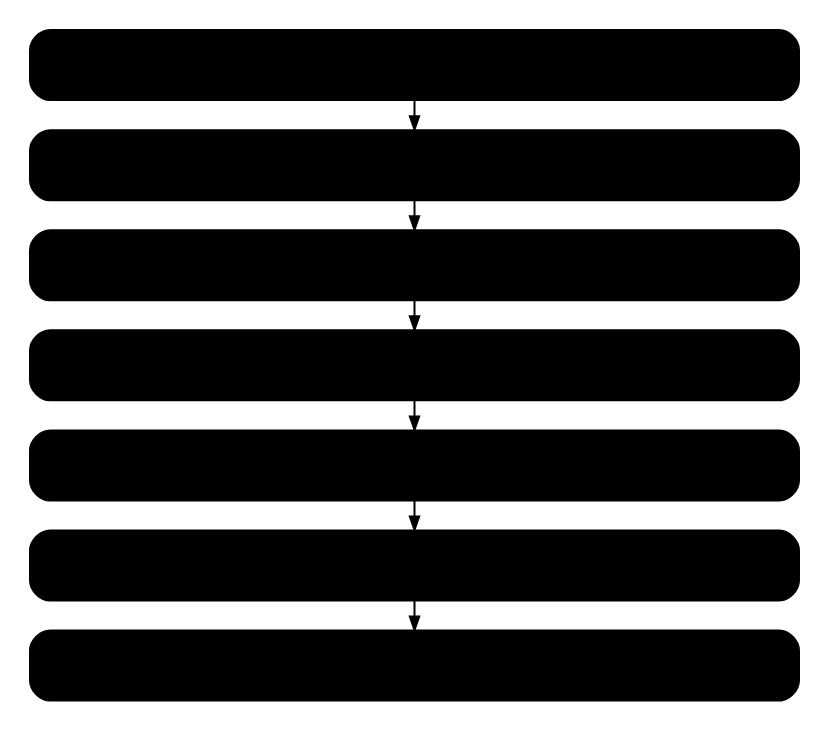
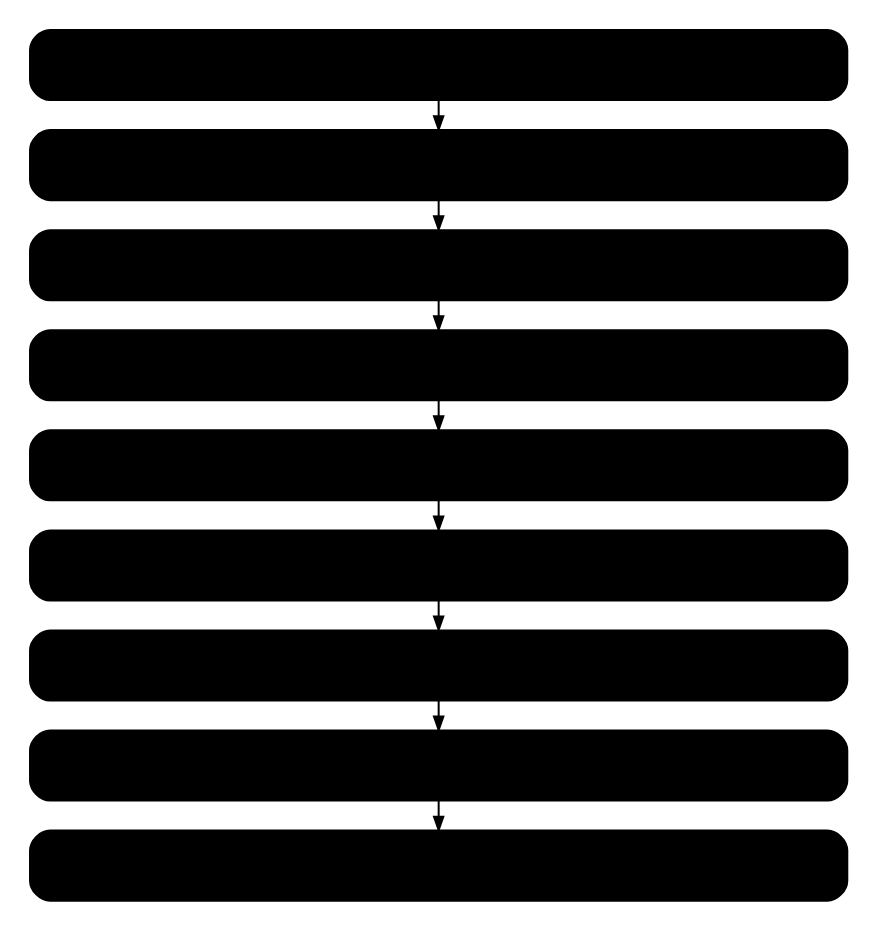
Before and after one commit to IortaTexhNXT-DEV/FinVerse: the diagram in docs/deliverables/src/migration/figures/dm_cycles.dot, drawn with Graphviz. The commit also changed 37 other files, not shown here.

```diff
--- a/docs/deliverables/src/migration/figures/dm_cycles.dot
+++ b/docs/deliverables/src/migration/figures/dm_cycles.dot
@@ -1,15 +1,17 @@
-// BRD-13 Data Migration Strategy: migration cycles from the first extract to production (T = go-live).
+// BRD-13 Data Migration Strategy: migration cycles on the BDOI timeline (go-live January 2028, proposed 3 Jan 2028).
 digraph dm_cycles {
   graph [rankdir=TB, fontname="Arial", nodesep=0.3, ranksep=0.25, bgcolor="white", pad=0.15];
   node  [shape=box, style="rounded,filled", color="@HEADER_BLUE", penwidth=1.2, fontname="Arial",
-         fontsize=12, fontcolor="@NEAR_BLACK", width=6.4, height=0.58, margin="0.14,0.05", fillcolor="@WHITE"];
+         fontsize=12, fontcolor="@NEAR_BLACK", width=6.8, height=0.58, margin="0.14,0.05", fillcolor="@WHITE"];
   edge  [color="@HEADER_BLUE", arrowsize=0.8, penwidth=1.2];
-  x  [label=<<b>T-14 weeks - first full extracts and profiling</b><br/><font point-size="10">all Migrate and Carry-forward objects; volumes; draft code maps</font>>, fillcolor="@AMBER_BG"];
-  m1 [label=<<b>T-12 weeks - Mock 1 (SIT, masked)</b><br/><font point-size="10">reference data, clients, policy headers; first reconciliation L1-L4</font>>, fillcolor="@BG_BLUE"];
-  m2 [label=<<b>T-9 weeks - Mock 2 (SIT, masked)</b><br/><font point-size="10">all objects end to end; L1-L5; Migration Clearing 0.00</font>>, fillcolor="@BG_BLUE"];
-  m3 [label=<<b>T-6 weeks - Mock 3 = UAT load (UAT, masked)</b><br/><font point-size="10">business verification on screens; UAT runs on migrated data</font>>, fillcolor="@BG_BLUE"];
-  dr [label=<<b>T-3 weeks - Dress rehearsal (production-sized, masked)</b><br/><font point-size="10">full volume, timed against the window, rollback rehearsed</font>>, fillcolor="@BG_BLUE"];
-  pl [label=<<b>T-14 days - production pre-load</b><br/><font point-size="10">reference data and clients; daily client deltas until the freeze</font>>, fillcolor="@SUCCESS_BG", color="@SUCCESS"];
-  pr [label=<<b>T-3 to T - production cutover</b><br/><font point-size="10">freeze, final extracts, open items and GL, reconciliation, go / no-go</font>>, fillcolor="@SUCCESS_BG", color="@SUCCESS"];
-  x -> m1 -> m2 -> m3 -> dr -> pl -> pr;
+  r  [label=<<b>Sep-Oct 2026 - requirements and mapping</b><br/><font point-size="10">decisions by 16 Oct and 30 Oct; object decisions (G1); layouts frozen</font>>, fillcolor="@DIRTY_WHITE"];
+  x  [label=<<b>Nov 2026-Mar 2027 - build; 29 Jan 2027 first full extracts</b><br/><font point-size="10">waves in mock order (DM0, DM1-C first); profiling; draft code maps</font>>, fillcolor="@AMBER_BG"];
+  m1 [label=<<b>19-30 Apr 2027 - Mock 1 (SIT, masked)</b><br/><font point-size="10">reference data and clients first; policy headers; carried renewals (P03)</font>>, fillcolor="@BG_BLUE"];
+  m2 [label=<<b>5-16 Jul 2027 - Mock 2 (SIT, masked)</b><br/><font point-size="10">all objects end to end; L1-L5; Migration Clearing 0.00</font>>, fillcolor="@BG_BLUE"];
+  m3 [label=<<b>2-13 Aug 2027 - Mock 3 = UAT load (UAT, masked)</b><br/><font point-size="10">business verification on screens; Drop 1 UAT runs on migrated data</font>>, fillcolor="@BG_BLUE"];
+  m4 [label=<<b>4-15 Oct 2027 - Mock 4 = UAT refresh (UAT, masked)</b><br/><font point-size="10">fresh extracts, timed as a cut-over; January-May 2028 cohorts</font>>, fillcolor="@BG_BLUE"];
+  dr [label=<<b>15-26 Nov 2027 - Dress rehearsal (production-sized, masked)</b><br/><font point-size="10">full volume, timed against the window, rollback rehearsed; reserve 6-10 Dec</font>>, fillcolor="@BG_BLUE"];
+  pl [label=<<b>20 Dec 2027 (T-14) - production pre-load</b><br/><font point-size="10">reference data and clients; daily client deltas until the freeze</font>>, fillcolor="@SUCCESS_BG", color="@SUCCESS"];
+  pr [label=<<b>31 Dec 2027 to 3 Jan 2028 - production cutover</b><br/><font point-size="10">freeze, final extracts, open items and GL, reconciliation, go / no-go, go-live</font>>, fillcolor="@SUCCESS_BG", color="@SUCCESS"];
+  r -> x -> m1 -> m2 -> m3 -> m4 -> dr -> pl -> pr;
 }
```
